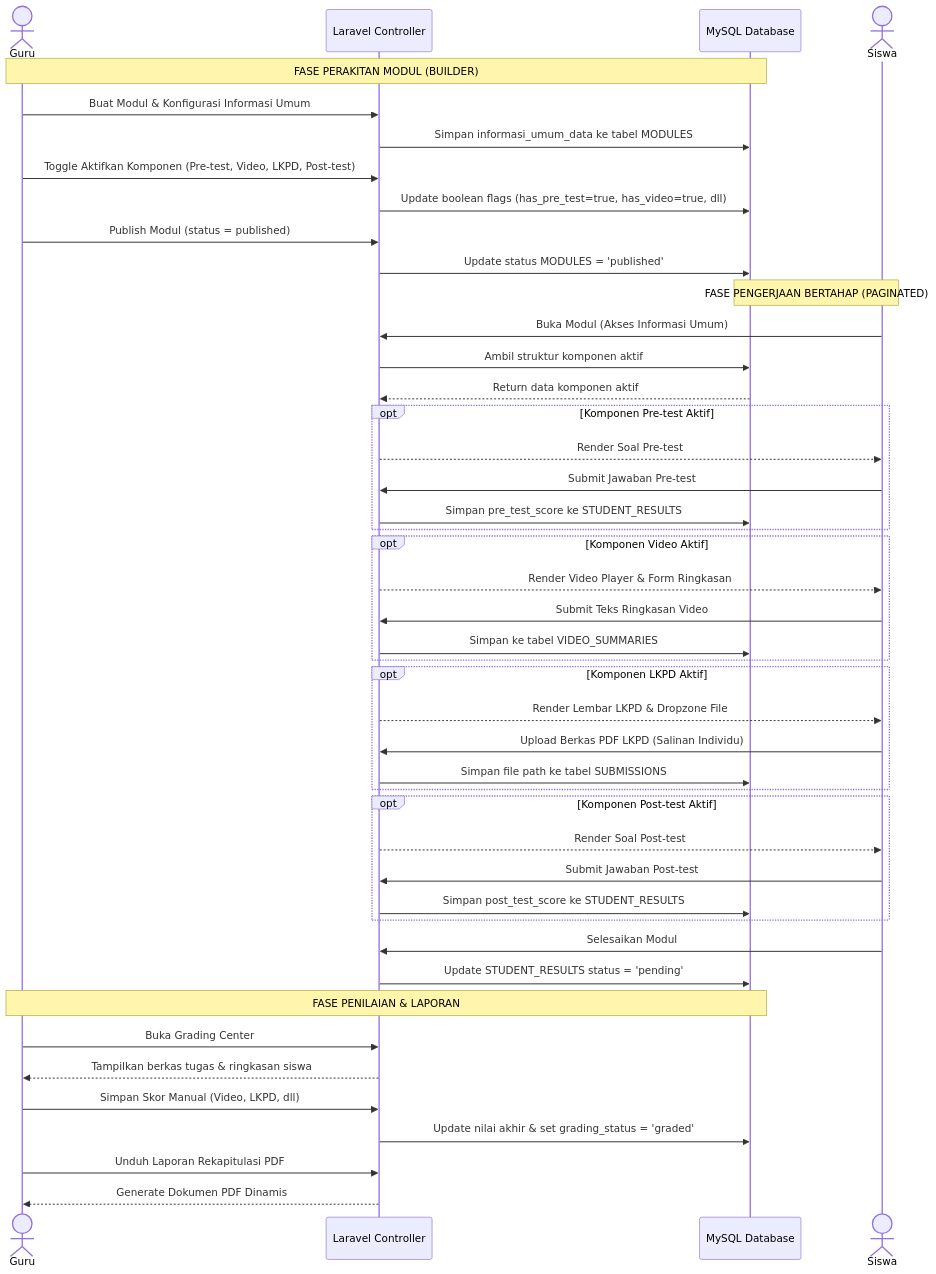
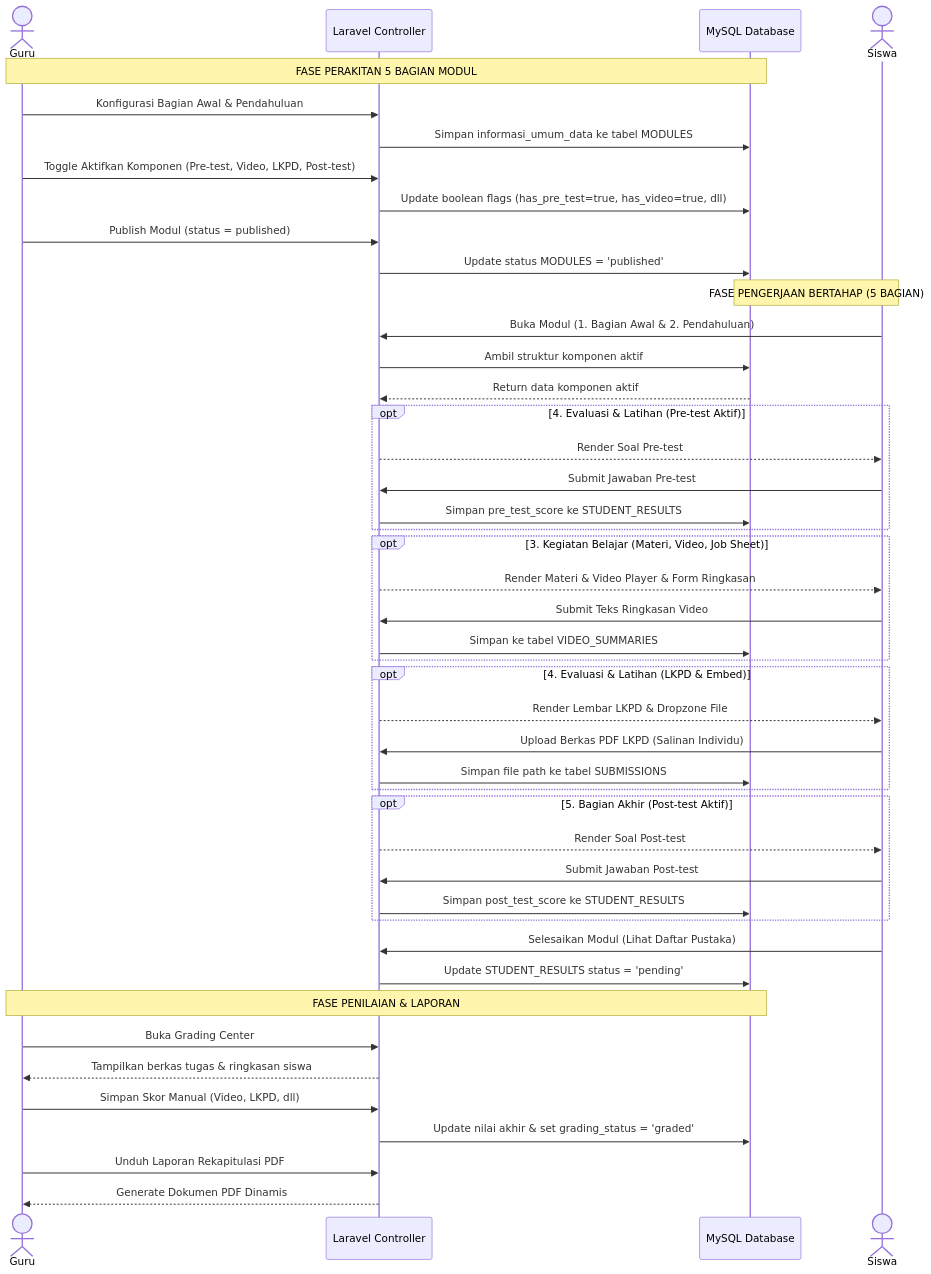
Before and after one commit to AdiLamunedo21/e-modul: the first of 2 diagrams in prd.md, drawn with Mermaid. The commit also changed other lines of this file and 13 other files, not shown here.

Commit message:
feat: refactor module detail interface to 5-section pedagogical architecture with paired side-by-side layout, PRD alignment, and developer docblocks

````diff
--- a/prd.md
+++ b/prd.md
@@ -189,55 +199,55 @@
 ```mermaid
 sequenceDiagram
     actor Guru
     participant Server as Laravel Controller
     participant DB as MySQL Database
     actor Siswa
 
-    Note over Guru, DB: FASE PERAKITAN MODUL (BUILDER)
-    Guru->>Server: Buat Modul & Konfigurasi Informasi Umum
+    Note over Guru, DB: FASE PERAKITAN 5 BAGIAN MODUL
+    Guru->>Server: Konfigurasi Bagian Awal & Pendahuluan
     Server->>DB: Simpan informasi_umum_data ke tabel MODULES
     Guru->>Server: Toggle Aktifkan Komponen (Pre-test, Video, LKPD, Post-test)
     Server->>DB: Update boolean flags (has_pre_test=true, has_video=true, dll)
     Guru->>Server: Publish Modul (status = published)
     Server->>DB: Update status MODULES = 'published'
 
-    Note over Siswa, DB: FASE PENGERJAAN BERTAHAP (PAGINATED)
-    Siswa->>Server: Buka Modul (Akses Informasi Umum)
+    Note over Siswa, DB: FASE PENGERJAAN BERTAHAP (5 BAGIAN)
+    Siswa->>Server: Buka Modul (1. Bagian Awal & 2. Pendahuluan)
     Server->>DB: Ambil struktur komponen aktif
     DB-->>Server: Return data komponen aktif
     
-    opt Komponen Pre-test Aktif
+    opt 4. Evaluasi & Latihan (Pre-test Aktif)
         Server-->>Siswa: Render Soal Pre-test
         Siswa->>Server: Submit Jawaban Pre-test
         Server->>DB: Simpan pre_test_score ke STUDENT_RESULTS
     end
 
-    opt Komponen Video Aktif
-        Server-->>Siswa: Render Video Player & Form Ringkasan
+    opt 3. Kegiatan Belajar (Materi, Video, Job Sheet)
+        Server-->>Siswa: Render Materi & Video Player & Form Ringkasan
         Siswa->>Server: Submit Teks Ringkasan Video
         Server->>DB: Simpan ke tabel VIDEO_SUMMARIES
     end
 
-    opt Komponen LKPD Aktif
+    opt 4. Evaluasi & Latihan (LKPD & Embed)
         Server-->>Siswa: Render Lembar LKPD & Dropzone File
         Siswa->>Server: Upload Berkas PDF LKPD (Salinan Individu)
         Server->>DB: Simpan file path ke tabel SUBMISSIONS
     end
 
-    opt Komponen Post-test Aktif
+    opt 5. Bagian Akhir (Post-test Aktif)
         Server-->>Siswa: Render Soal Post-test
         Siswa->>Server: Submit Jawaban Post-test
         Server->>DB: Simpan post_test_score ke STUDENT_RESULTS
     end
 
-    Siswa->>Server: Selesaikan Modul
+    Siswa->>Server: Selesaikan Modul (Lihat Daftar Pustaka)
     Server->>DB: Update STUDENT_RESULTS status = 'pending'
 
     Note over Guru, DB: FASE PENILAIAN & LAPORAN
     Guru->>Server: Buka Grading Center
     Server-->>Guru: Tampilkan berkas tugas & ringkasan siswa
     Guru->>Server: Simpan Skor Manual (Video, LKPD, dll)
     Server->>DB: Update nilai akhir & set grading_status = 'graded'
     Guru->>Server: Unduh Laporan Rekapitulasi PDF
     Server-->>Guru: Generate Dokumen PDF Dinamis
 ```
````
